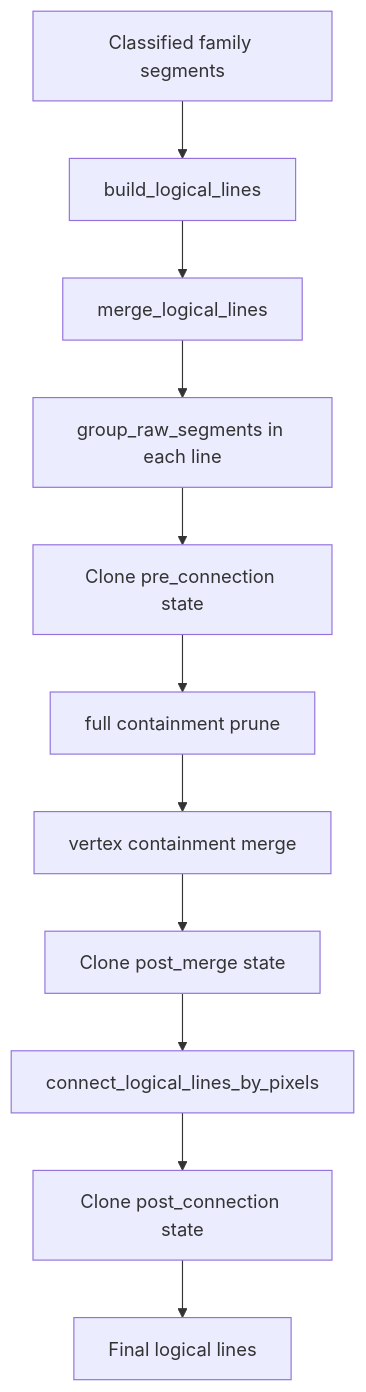
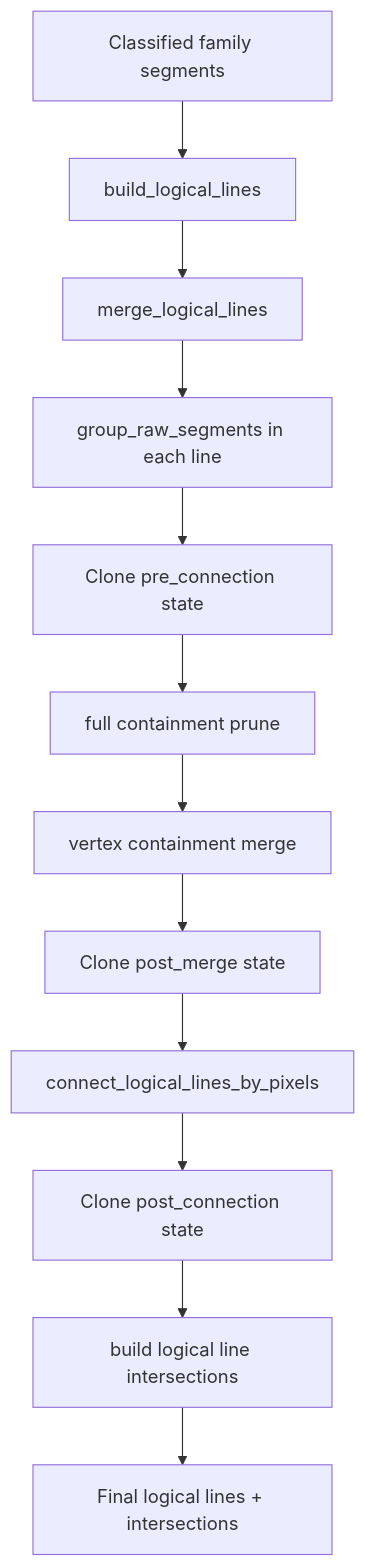
One commit to ML-Experts/sudoku changed the diagram in src/MachineLearning/draft/raw_line_family_only/documentation/logical_line_lifecycle.md. Above: the diagram before and after it, drawn with Mermaid. The commit also changed other lines of this file and 24 other files, not shown here.

First line of the commit message:
Add intersection models and trimming functionality for logical lines

````diff
--- a/src/MachineLearning/draft/raw_line_family_only/documentation/logical_line_lifecycle.md
+++ b/src/MachineLearning/draft/raw_line_family_only/documentation/logical_line_lifecycle.md
@@ -70,13 +82,14 @@
 ```mermaid
 flowchart TD
     familySegments[Classified family segments] --> buildLines[build_logical_lines]
     buildLines --> mergeLines[merge_logical_lines]
     mergeLines --> groupRaw[group_raw_segments in each line]
     groupRaw --> savePre[Clone pre_connection state]
     savePre --> fullContainment[full containment prune]
     fullContainment --> vertexMerge[vertex containment merge]
     vertexMerge --> savePostMerge[Clone post_merge state]
     savePostMerge --> pixelConnect[connect_logical_lines_by_pixels]
     pixelConnect --> savePost[Clone post_connection state]
-    savePost --> finalLines[Final logical lines]
+    savePost --> buildIntersections[build logical line intersections]
+    buildIntersections --> finalLines[Final logical lines + intersections]
 ```
````
